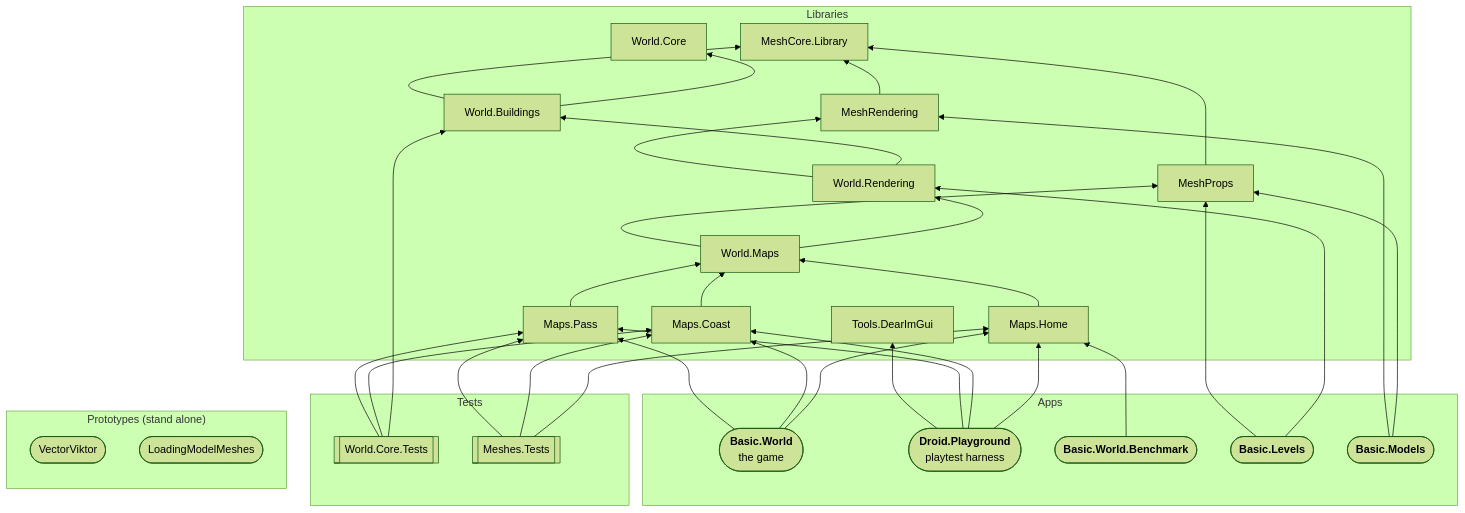
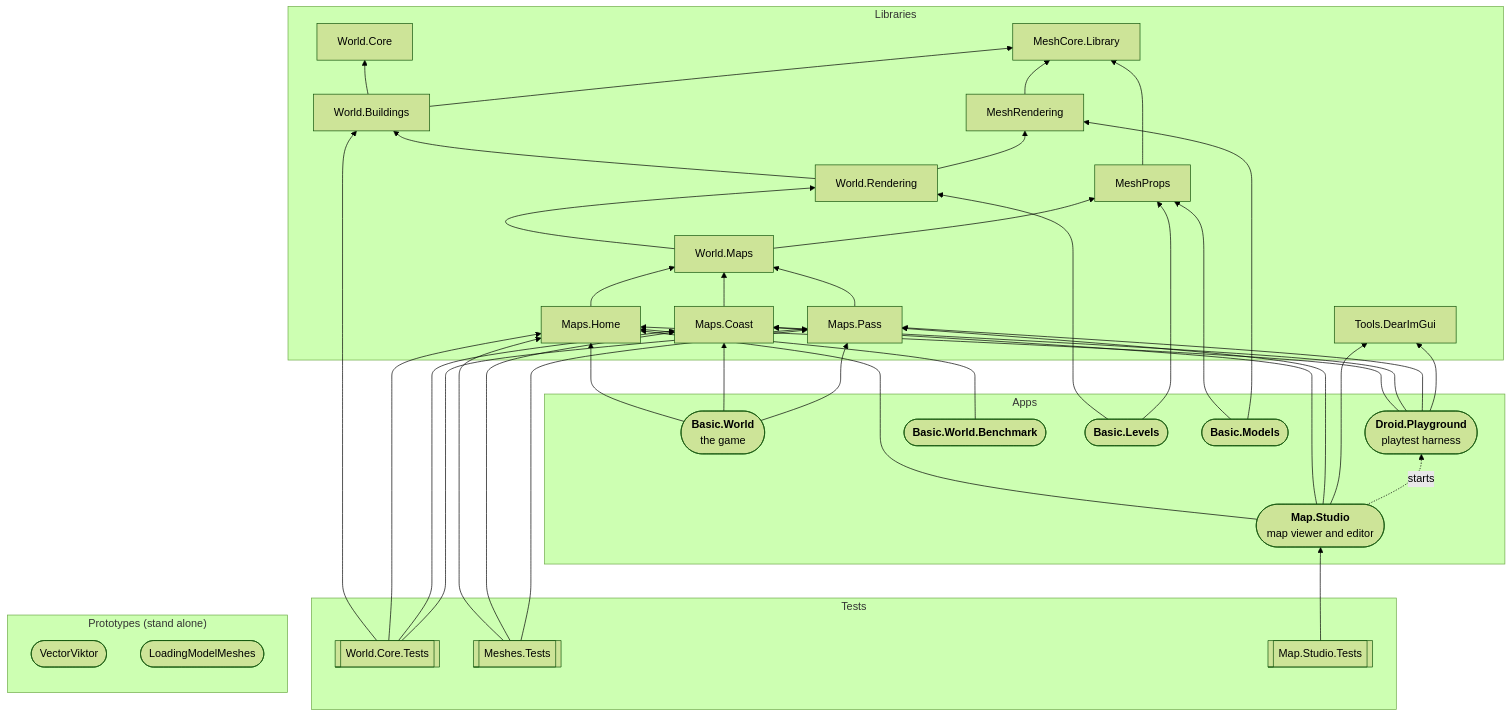
One commit to CalamityLorenzo/VectorViktor changed the second of 2 diagrams in Lessons/project-map.md. Above: the diagram before and after it, drawn with Mermaid (forest theme). The commit also changed other lines of this file and 56 other files, not shown here.

````diff
--- a/Lessons/project-map.md
+++ b/Lessons/project-map.md
@@ -63,66 +63,75 @@
 ```mermaid
 flowchart BT
     subgraph libs["Libraries"]
         MeshCore["MeshCore.Library"]
         MeshProps["MeshProps"]
         MeshRendering["MeshRendering"]
         WorldCore["World.Core"]
         Buildings["World.Buildings"]
         Rendering["World.Rendering"]
         WorldMaps["World.Maps"]
         MapsHome["Maps.Home"]
         MapsCoast["Maps.Coast"]
         MapsPass["Maps.Pass"]
         DearImGui["Tools.DearImGui"]
     end
 
     subgraph apps["Apps"]
         BasicWorld(["<b>Basic.World</b><br/>the game"])
         Playground(["<b>Droid.Playground</b><br/>playtest harness"])
+        Studio(["<b>Map.Studio</b><br/>map viewer and editor"])
         Benchmark(["<b>Basic.World.Benchmark</b>"])
         BasicLevels(["<b>Basic.Levels</b>"])
         BasicModels(["<b>Basic.Models</b>"])
     end
 
     subgraph tests["Tests"]
         CoreTests[["World.Core.Tests"]]
         MeshTests[["Meshes.Tests"]]
+        StudioTests[["Map.Studio.Tests"]]
     end
 
     subgraph protos["Prototypes (stand alone)"]
         VectorViktor(["VectorViktor"])
         LoadingModelMeshes(["LoadingModelMeshes"])
     end
 
     MeshProps --> MeshCore
     MeshRendering --> MeshCore
     Buildings --> WorldCore
     Buildings --> MeshCore
     Rendering --> Buildings
     Rendering --> MeshRendering
     WorldMaps --> Rendering
     WorldMaps --> MeshProps
     MapsHome --> WorldMaps
     MapsCoast --> WorldMaps
     MapsPass --> WorldMaps
 
     BasicWorld --> MapsHome
     BasicWorld --> MapsCoast
     BasicWorld --> MapsPass
     Playground --> MapsHome
     Playground --> MapsCoast
     Playground --> MapsPass
     Playground --> DearImGui
+    Studio --> MapsHome
+    Studio --> MapsCoast
+    Studio --> MapsPass
+    Studio --> DearImGui
+    Studio -. starts .-> Playground
     Benchmark --> MapsHome
     BasicLevels --> Rendering
     BasicLevels --> MeshProps
     BasicModels --> MeshProps
     BasicModels --> MeshRendering
 
     CoreTests --> Buildings
+    CoreTests --> MapsHome
     CoreTests --> MapsCoast
     CoreTests --> MapsPass
     MeshTests --> MapsHome
     MeshTests --> MapsCoast
     MeshTests --> MapsPass
+    StudioTests --> Studio
 ```
````
